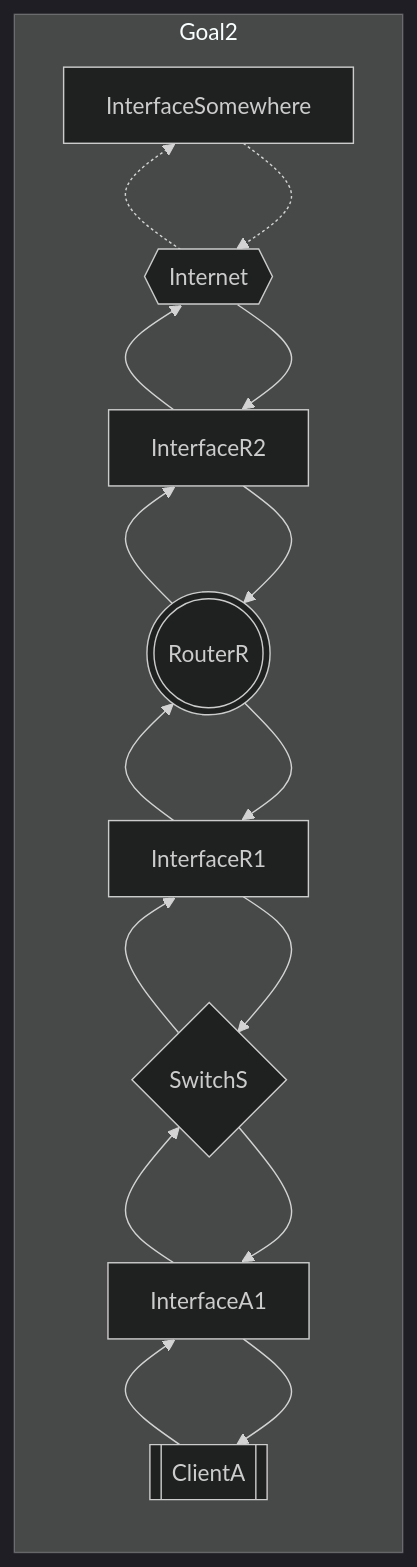
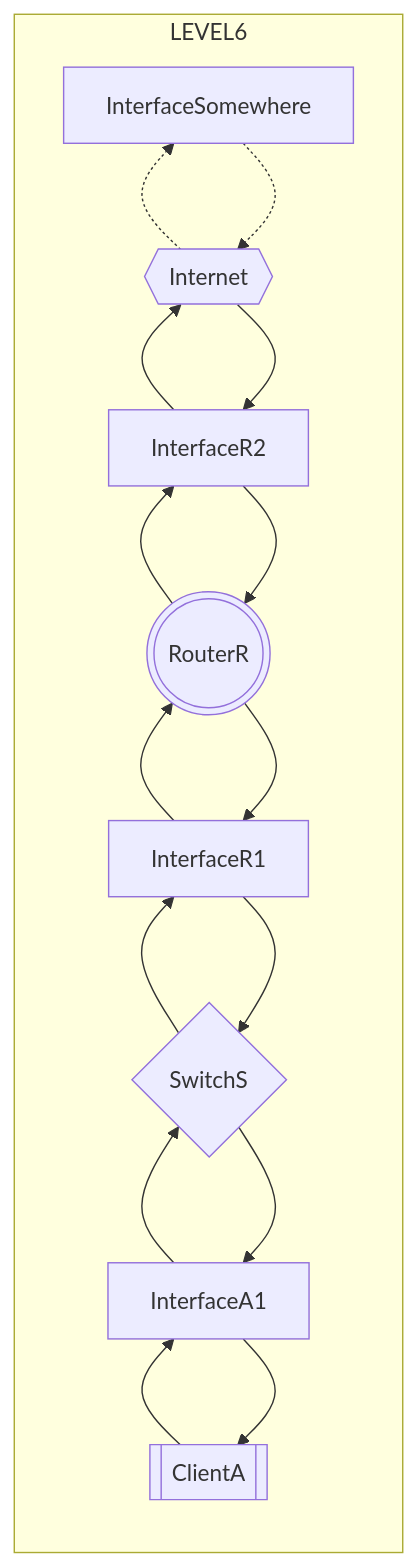
Before and after one commit to rikeda-cloud/net_practice: the first of 2 diagrams in level6.md, drawn with Mermaid. The commit also changed other lines of this file and 7 other files, not shown here.

Commit message:
add level7.md && add chart label

````diff
--- a/level6.md
+++ b/level6.md
@@ -11,23 +13,21 @@
 ```mermaid
-%%{init:{'theme': 'dark'}}%%
-%%{init:{'flowchart': {'curve': 'natural'}}}%%
 flowchart
-subgraph Goal2
+subgraph LEVEL6
     direction BT
     CA[[ClientA]]
     RR(((RouterR)))
     IA[InterfaceA1]
     IR1[InterfaceR1]
     IR2[InterfaceR2]
     IS[InterfaceSomewhere]
     S{SwitchS}
     NET{{Internet}}
     CA-->IA-->CA
     IA-->S-->IA
     IR1-->S-->IR1
     IR1-->RR-->IR1
     RR-->IR2-->RR
     IR2-->NET-->IR2
     NET-.->IS-.->NET
 end
 ```
````
